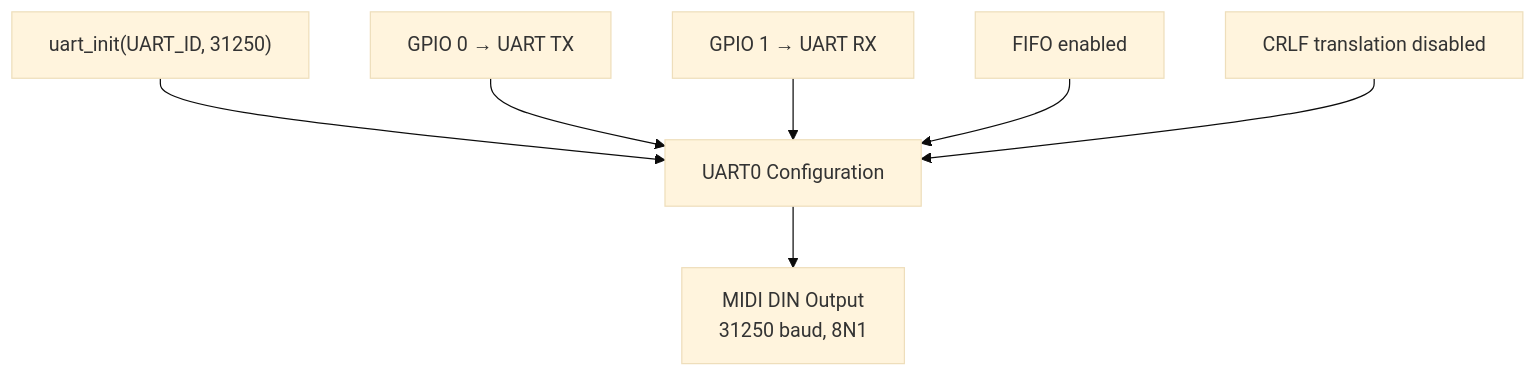
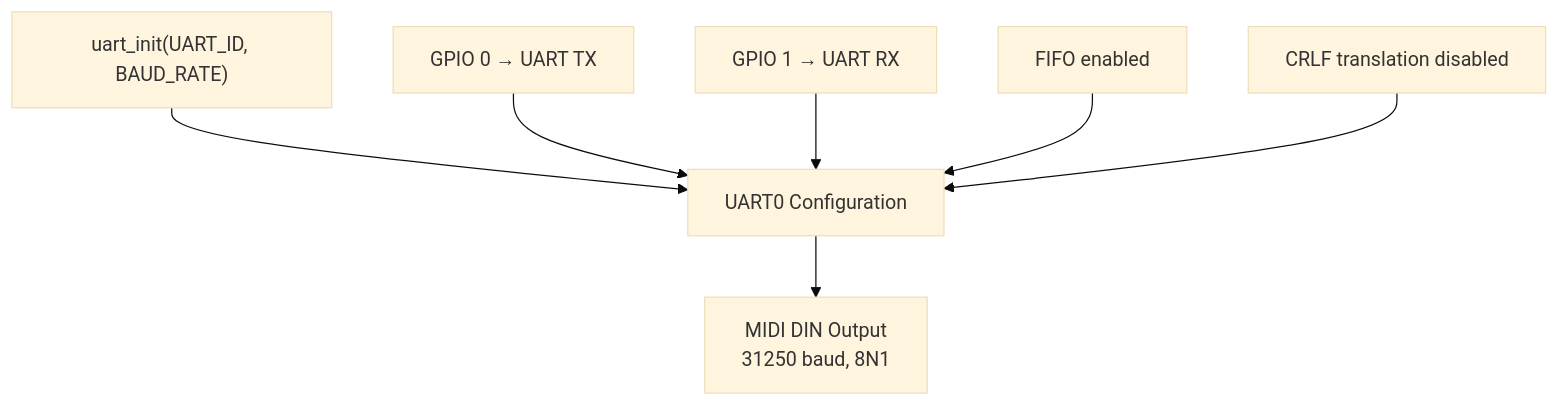
One commit to Jus-Be/orinayo-pico changed the fifth of 5 diagrams in wiki/6-midi-output-system.md. Above: the diagram before and after it, drawn with Mermaid (base theme). The commit also changed other lines of this file and 42 other files, not shown here.

````diff
--- a/wiki/6-midi-output-system.md
+++ b/wiki/6-midi-output-system.md
@@ -385,18 +238,18 @@
 ```mermaid
 flowchart TD
 
-INIT["uart_init(UART_ID, 31250)"]
+INIT["uart_init(UART_ID, BAUD_RATE)"]
 TX["GPIO 0 → UART TX"]
 RX["GPIO 1 → UART RX"]
 FIFO["FIFO enabled"]
 CRLF["CRLF translation disabled"]
 CONFIG["UART0 Configuration"]
 OUTPUT["MIDI DIN Output<br>31250 baud, 8N1"]
 
 INIT --> CONFIG
 TX --> CONFIG
 RX --> CONFIG
 FIFO --> CONFIG
 CRLF --> CONFIG
 CONFIG --> OUTPUT
 ```
````
